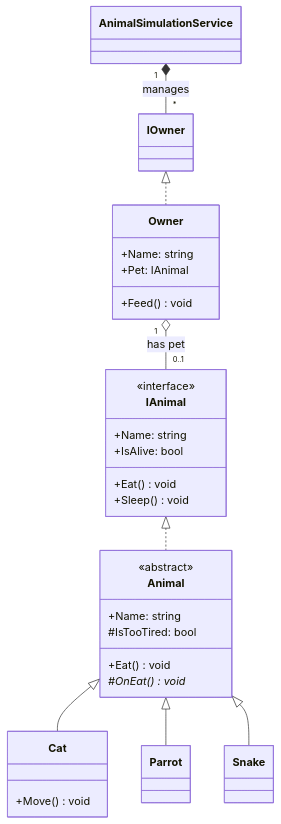
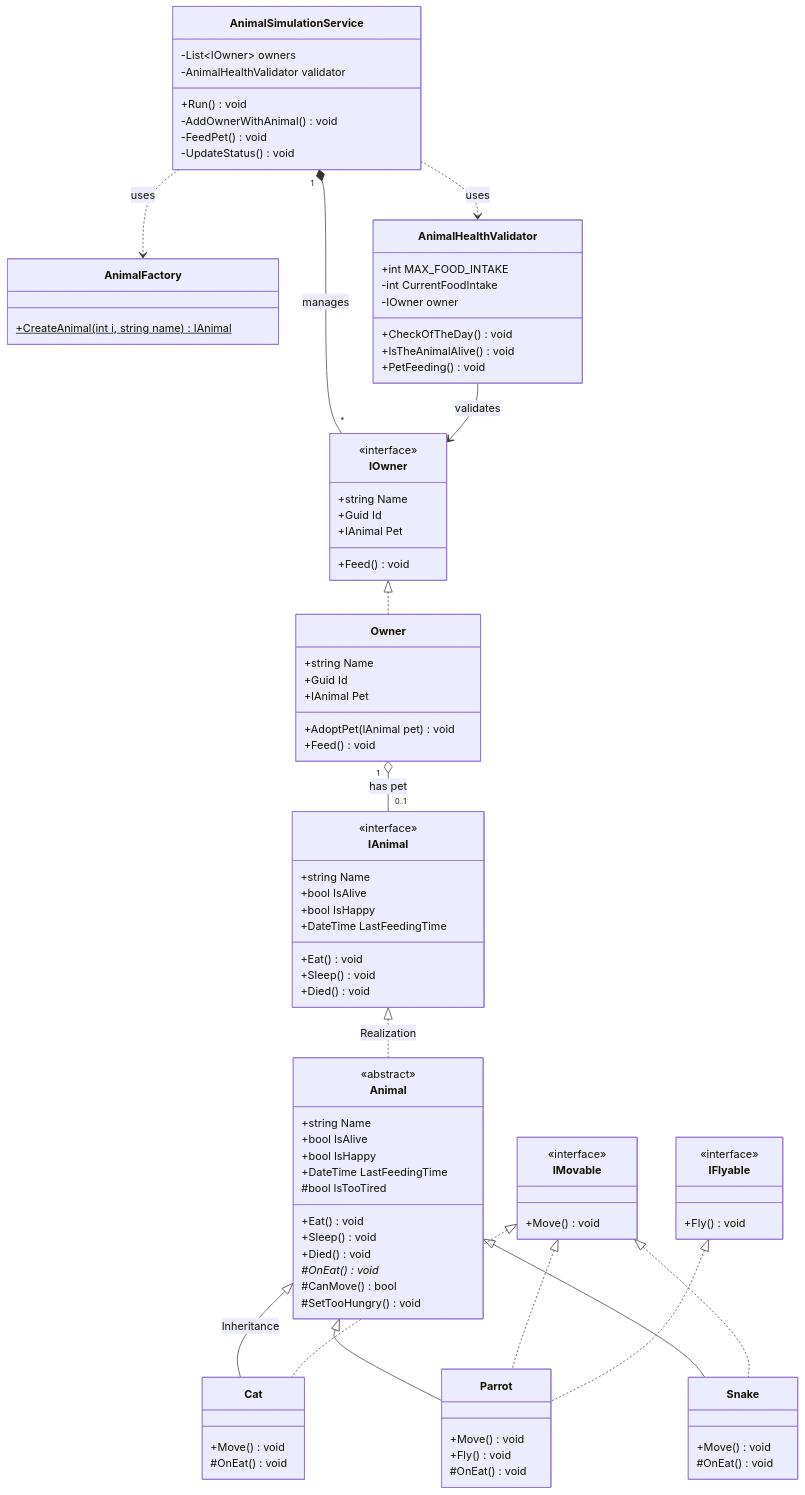
The diagram in README.md (Loki22978964/Notes), drawn with Mermaid before and after one commit.

Commit message:
Refactor class diagram in README.md

````diff
--- a/README.md
+++ b/README.md
@@ -1,33 +1,115 @@
 ```mermaid
 classDiagram
+    %% Інтерфейси
     class IAnimal {
         <<interface>>
-        +Name: string
-        +IsAlive: bool
+        +string Name
+        +bool IsAlive
+        +bool IsHappy
+        +DateTime LastFeedingTime
         +Eat() void
         +Sleep() void
+        +Died() void
     }
-    class Animal {
-        <<abstract>>
-        +Name: string
-        #IsTooTired: bool
-        +Eat() void
-        #OnEat()* void
-    }
-    class Cat {
-        +Move() void
-    }
-    class Owner {
-        +Name: string
-        +Pet: IAnimal
+
+    class IOwner {
+        <<interface>>
+        +string Name
+        +Guid Id
+        +IAnimal Pet
         +Feed() void
     }
 
-    IAnimal <|.. Animal
-    Animal <|-- Cat
+    class IMovable {
+        <<interface>>
+        +Move() void
+    }
+
+    class IFlyable {
+        <<interface>>
+        +Fly() void
+    }
+
+    %% Абстрактний клас
+    class Animal {
+        <<abstract>>
+        +string Name
+        +bool IsAlive
+        +bool IsHappy
+        +DateTime LastFeedingTime
+        #bool IsTooTired
+        +Eat() void
+        +Sleep() void
+        +Died() void
+        #OnEat()* void
+        #CanMove() bool
+        #SetTooHungry() void
+    }
+
+    %% Конкретні класи
+    class Cat {
+        +Move() void
+        #OnEat() void
+    }
+
+    class Parrot {
+        +Move() void
+        +Fly() void
+        #OnEat() void
+    }
+
+    class Snake {
+        +Move() void
+        #OnEat() void
+    }
+
+    %% Сервісні класи
+    class Owner {
+        +string Name
+        +Guid Id
+        +IAnimal Pet
+        +AdoptPet(IAnimal pet) void
+        +Feed() void
+    }
+
+    class AnimalFactory {
+        +CreateAnimal(int i, string name)$ IAnimal
+    }
+
+    class AnimalHealthValidator {
+        +int MAX_FOOD_INTAKE
+        -int CurrentFoodIntake
+        -IOwner owner
+        +CheckOfTheDay() void
+        +IsTheAnimalAlive() void
+        +PetFeeding() void
+    }
+
+    class AnimalSimulationService {
+        -List~IOwner~ owners
+        -AnimalHealthValidator validator
+        +Run() void
+        -AddOwnerWithAnimal() void
+        -FeedPet() void
+        -UpdateStatus() void
+    }
+
+    %% Зв'язки (Relationships)
+    IAnimal <|.. Animal : Realization
+    Animal <|-- Cat : Inheritance
     Animal <|-- Parrot
     Animal <|-- Snake
+
+    IMovable <|.. Cat
+    IMovable <|.. Parrot
+    IFlyable <|.. Parrot
+    IMovable <|.. Snake
+
     IOwner <|.. Owner
     Owner "1" o-- "0..1" IAnimal : has pet
+
     AnimalSimulationService "1" *-- "*" IOwner : manages
+    AnimalSimulationService ..> AnimalFactory : uses
+    AnimalSimulationService ..> AnimalHealthValidator : uses
+    AnimalHealthValidator --> IOwner : validates
 ```
````
